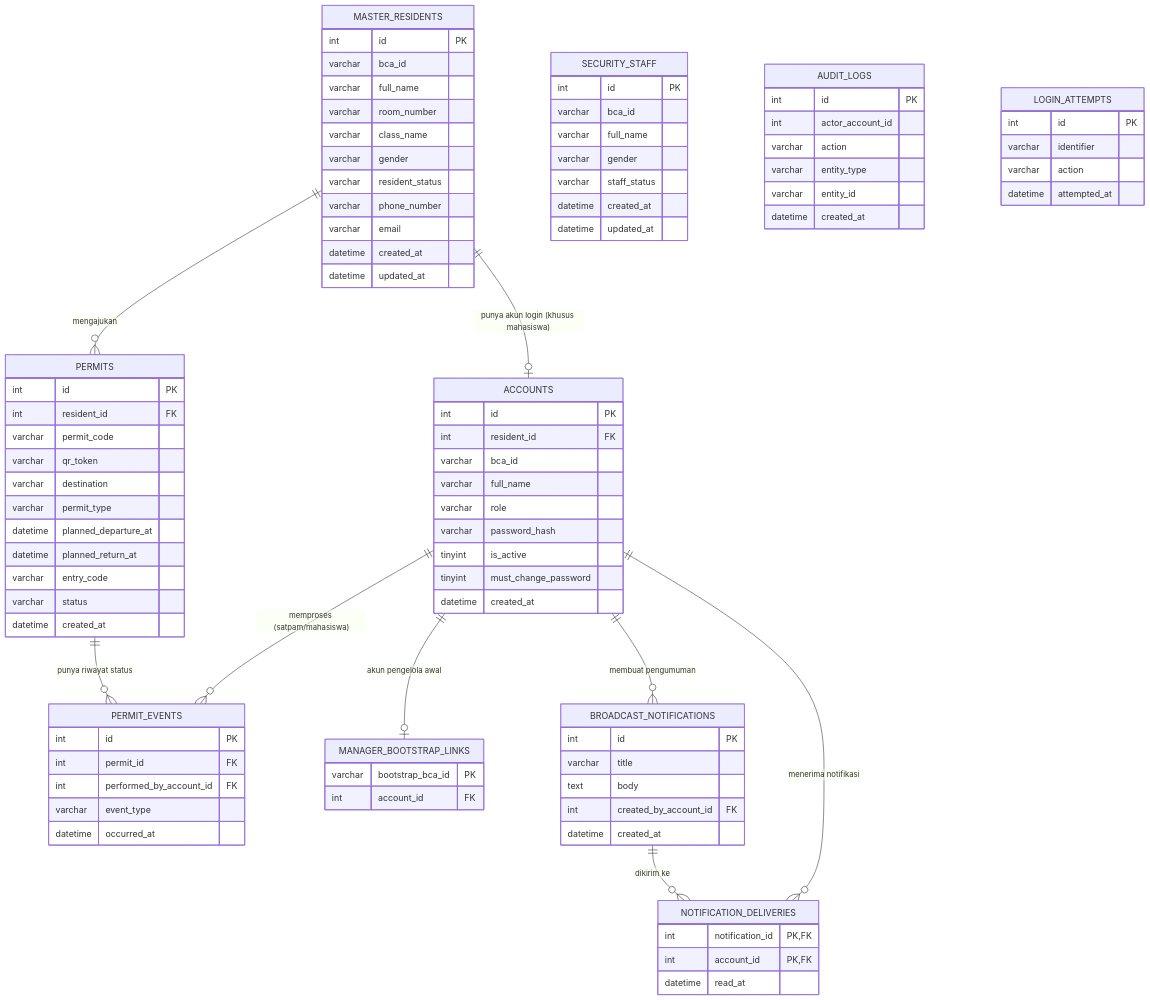
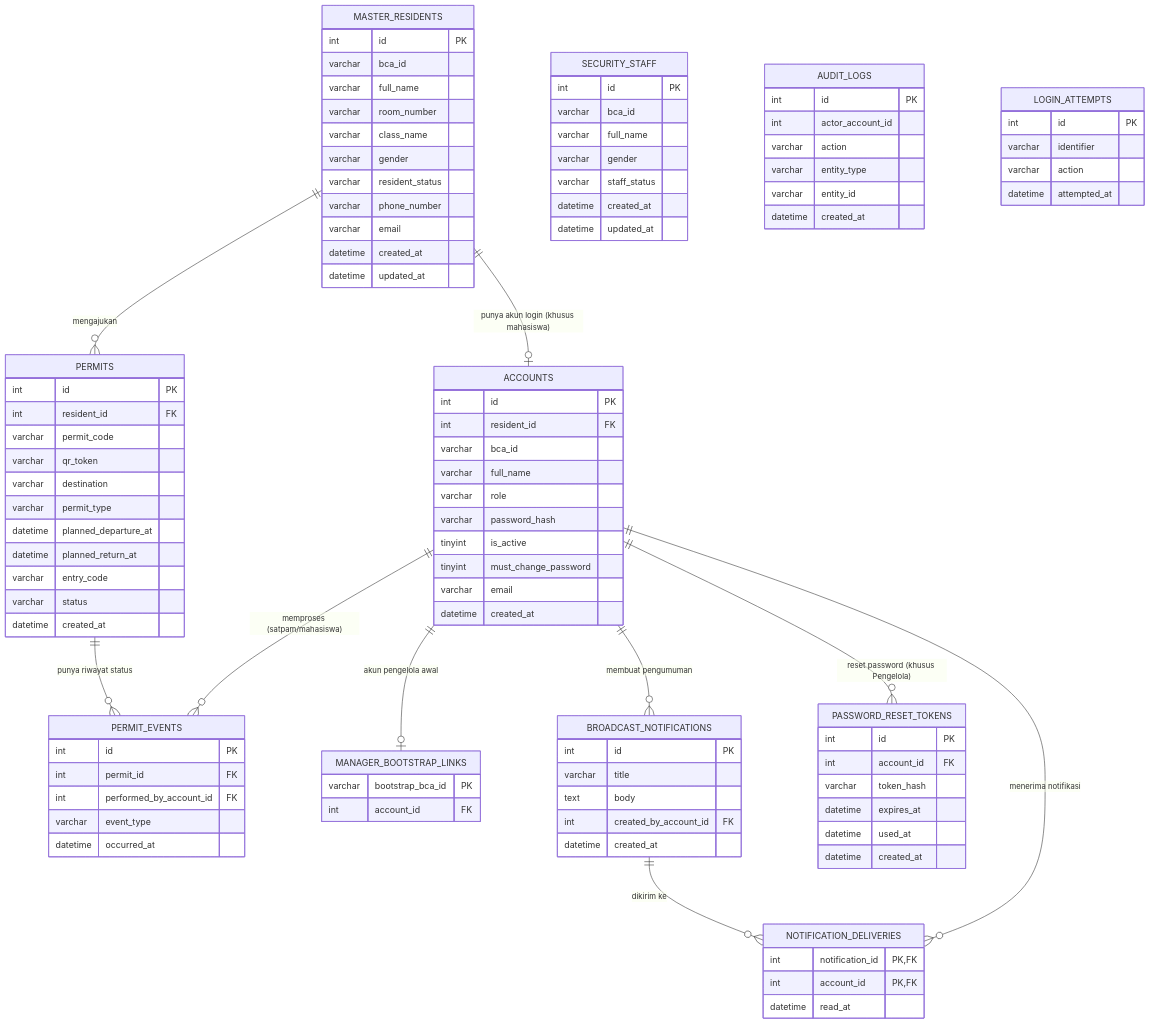
The diagram in docs/bab3-basis-data/3.3-skema-relasi.md (felicyaholic-dev/SIKAT-RTB), drawn with Mermaid before and after one commit. The commit also changed other lines of this file and 7 other files, not shown here.

First line of the commit message:
Document secure codes, scan rate limit, audit log, backups, and Pengelola email reset

````diff
--- a/docs/bab3-basis-data/3.3-skema-relasi.md
+++ b/docs/bab3-basis-data/3.3-skema-relasi.md
@@ -28,6 +28,7 @@
         varchar password_hash
         tinyint is_active
         tinyint must_change_password
+        varchar email
         datetime created_at
     }
     SECURITY_STAFF {
@@ -89,6 +90,14 @@
         int account_id PK,FK
         datetime read_at
     }
+    PASSWORD_RESET_TOKENS {
+        int id PK
+        int account_id FK
+        varchar token_hash
+        datetime expires_at
+        datetime used_at
+        datetime created_at
+    }
 
     MASTER_RESIDENTS ||--o| ACCOUNTS : "punya akun login (khusus mahasiswa)"
     MASTER_RESIDENTS ||--o{ PERMITS : "mengajukan"
@@ -98,4 +107,5 @@
     ACCOUNTS ||--o{ BROADCAST_NOTIFICATIONS : "membuat pengumuman"
     BROADCAST_NOTIFICATIONS ||--o{ NOTIFICATION_DELIVERIES : "dikirim ke"
     ACCOUNTS ||--o{ NOTIFICATION_DELIVERIES : "menerima notifikasi"
+    ACCOUNTS ||--o{ PASSWORD_RESET_TOKENS : "reset password (khusus Pengelola)"
 ```
````
